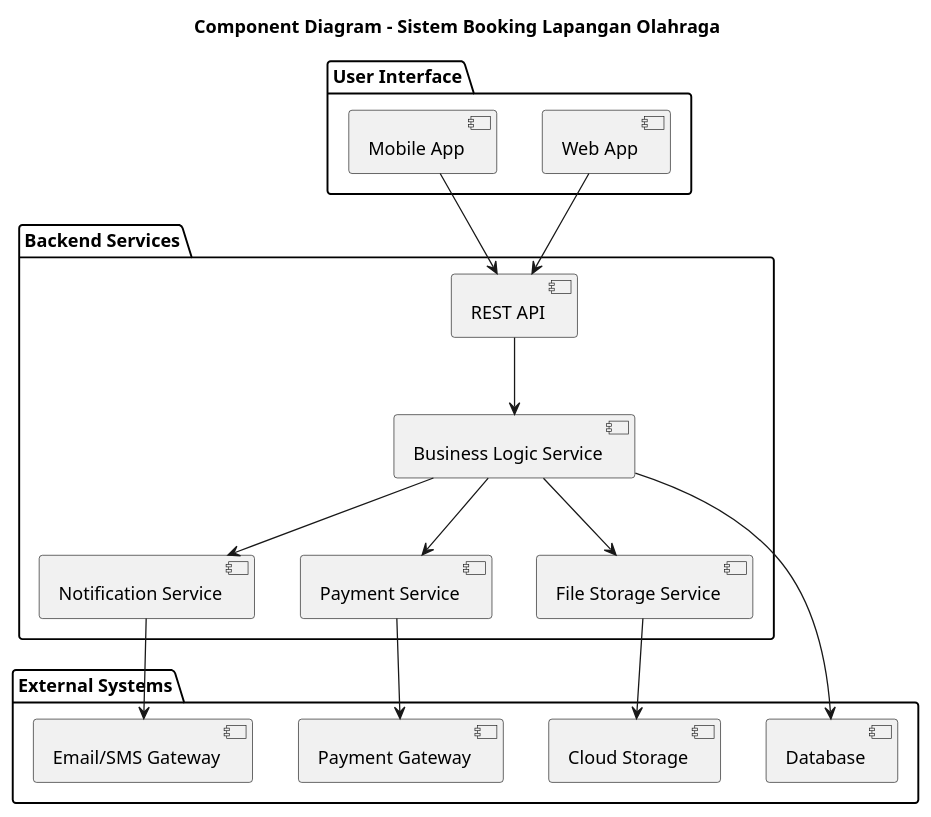
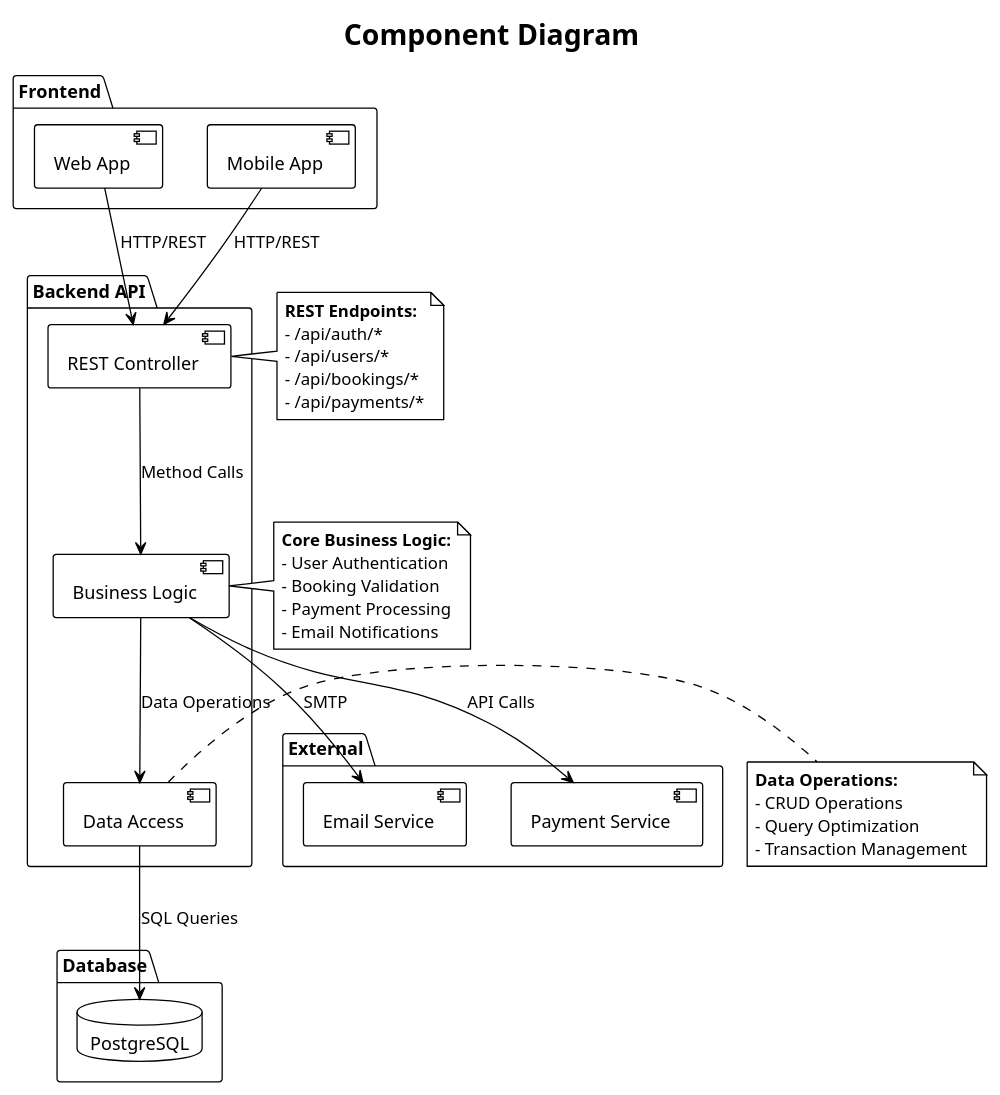
The diagram in JurnalAPPL/ComponentDiagram/ComponentLapanganOlahraga.puml (myasirnovals/Appl), drawn with PlantUML before and after one commit. The commit also changed 11 other files, not shown here.

Commit message:
pembaruan state diagram, Component, Deployment, dan ERD

```diff
--- a/JurnalAPPL/ComponentDiagram/ComponentLapanganOlahraga.puml
+++ b/JurnalAPPL/ComponentDiagram/ComponentLapanganOlahraga.puml
@@ -1,35 +1,40 @@
 @startuml
-title Component Diagram - Sistem Booking Lapangan Olahraga
+!theme plain
+title Component Diagram
 
-package "User Interface" {
-    [Web App]
-    [Mobile App]
+package "Frontend" {
+    [Web App] as Web
+    [Mobile App] as Mobile
 }
 
-package "Backend Services" {
-    [REST API]
-    [Business Logic Service]
-    [Notification Service]
-    [Payment Service]
-    [File Storage Service]
+package "Backend API" {
+    [REST Controller] as Controller
+    [Business Logic] as Service
+    [Data Access] as Repository
 }
 
-package "External Systems" {
-    [Database]
-    [Email/SMS Gateway]
-    [Payment Gateway]
-    [Cloud Storage]
+package "Database" {
+    database "PostgreSQL" as DB
 }
 
-[Web App] --> [REST API]
-[Mobile App] --> [REST API]
-[REST API] --> [Business Logic Service]
-[Business Logic Service] --> [Database]
-[Business Logic Service] --> [Notification Service]
-[Business Logic Service] --> [Payment Service]
-[Business Logic Service] --> [File Storage Service]
-[Notification Service] --> [Email/SMS Gateway]
-[Payment Service] --> [Payment Gateway]
-[File Storage Service] --> [Cloud Storage]
+package "External" {
+    [Email Service] as Email
+    [Payment Service] as Payment
+}
+
+' Simple connections
+Web --> Controller : HTTP/REST
+Mobile --> Controller : HTTP/REST
+Controller --> Service : Method Calls
+Service --> Repository : Data Operations
+Repository --> DB : SQL Queries
+Service --> Email : SMTP
+Service --> Payment : API Calls
+
+note right of Controller : **REST Endpoints:**\n- /api/auth/*\n- /api/users/*\n- /api/bookings/*\n- /api/payments/*
+
+note right of Service : **Core Business Logic:**\n- User Authentication\n- Booking Validation\n- Payment Processing\n- Email Notifications
+
+note right of Repository : **Data Operations:**\n- CRUD Operations\n- Query Optimization\n- Transaction Management
 
 @enduml
```
